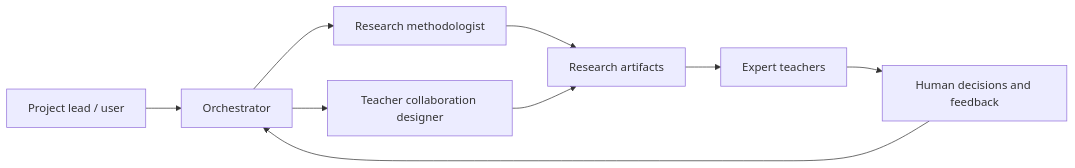
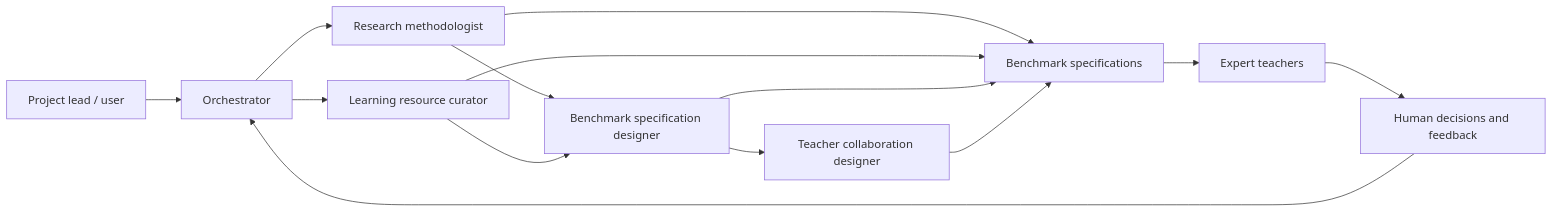
One commit to quan2422002/edu-benchmark changed the first of 2 diagrams in ARCHITECTURE.md. Above: the diagram before and after it, drawn with Mermaid. The commit also changed other lines of this file, not shown here.

````diff
--- a/ARCHITECTURE.md
+++ b/ARCHITECTURE.md
@@ -16,11 +16,16 @@
 ```mermaid
 flowchart LR
     U[Project lead / user] --> O[Orchestrator]
     O --> R[Research methodologist]
-    O --> T[Teacher collaboration designer]
+    O --> L[Learning resource curator]
+    R --> B[Benchmark specification designer]
+    L --> B
+    B --> T[Teacher collaboration designer]
     R --> A[Research artifacts]
+    L --> A[Learning-resource mappings]
+    B --> A[Benchmark specifications]
     T --> A
     A --> H[Expert teachers]
     H --> D[Human decisions and feedback]
     D --> O
 ```
````
